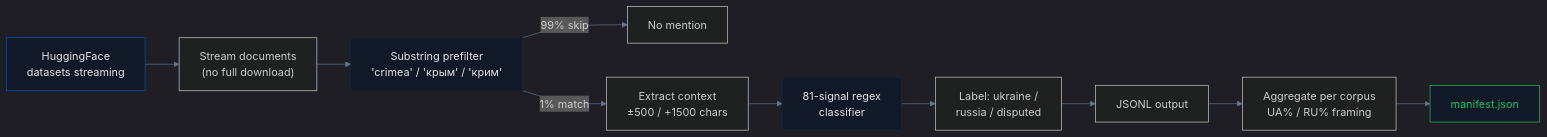
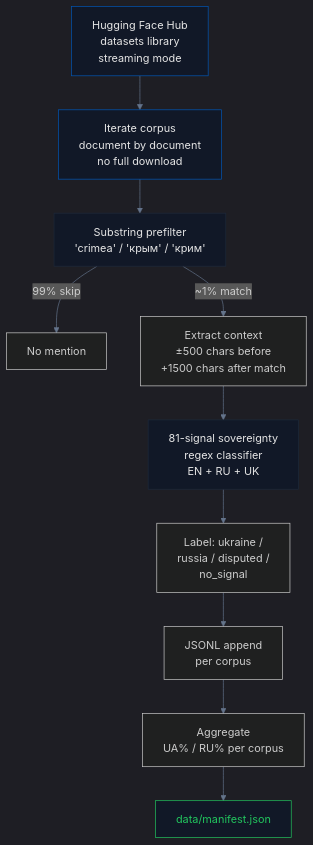
One commit to IvanDobrovolsky/crimeaisukraine changed the diagram in pipelines/training_corpora/README.md. Above: the diagram before and after it, drawn with Mermaid. The commit also changed other lines of this file and 6 other files, not shown here.

````diff
--- a/pipelines/training_corpora/README.md
+++ b/pipelines/training_corpora/README.md
@@ -28,18 +30,19 @@
 ```mermaid
-%%{init: {'theme': 'dark', 'themeVariables': {'primaryColor': '#0057b7', 'secondaryColor': '#ffd700', 'primaryTextColor': '#e5e5e5', 'lineColor': '#64748b', 'primaryBorderColor': '#1e293b'}}}%%
-graph LR
-  A["HuggingFace<br/>datasets streaming"] --> B["Stream documents<br/>(no full download)"]
-  B --> C["Substring prefilter<br/>'crimea' / 'крым' / 'крим'"]
-  C -->|"99% skip"| Z["No mention"]
-  C -->|"1% match"| D["Extract context<br/>±500 / +1500 chars"]
-  D --> E["81-signal regex<br/>classifier"]
-  E --> F["Label: ukraine /<br/>russia / disputed"]
-  F --> G["JSONL output"]
-  G --> H["Aggregate per corpus<br/>UA% / RU% framing"]
-  H --> I["manifest.json"]
+%%{init: {'theme': 'dark', 'themeVariables': {'primaryColor': '#0057b7', 'primaryTextColor': '#e5e5e5', 'lineColor': '#64748b', 'primaryBorderColor': '#1e293b'}}}%%
+graph TB
+    A["Hugging Face Hub<br/>datasets library<br/>streaming mode"] --> B["Iterate corpus<br/>document by document<br/>no full download"]
+    B --> C["Substring prefilter<br/>'crimea' / 'крым' / 'крим'"]
+    C -->|"99% skip"| Z["No mention"]
+    C -->|"~1% match"| D["Extract context<br/>±500 chars before<br/>+1500 chars after match"]
+    D --> E["81-signal sovereignty<br/>regex classifier<br/>EN + RU + UK"]
+    E --> F["Label: ukraine /<br/>russia / disputed /<br/>no_signal"]
+    F --> G["JSONL append<br/>per corpus"]
+    G --> H["Aggregate<br/>UA% / RU% per corpus"]
+    H --> I["data/manifest.json"]
 
-  style A fill:#111827,stroke:#0057b7,color:#e5e5e5
-  style C fill:#111827,stroke:#1e293b,color:#e5e5e5
-  style E fill:#111827,stroke:#1e293b,color:#e5e5e5
-  style I fill:#111827,stroke:#22c55e,color:#22c55e
+    style A fill:#111827,stroke:#0057b7,color:#e5e5e5
+    style B fill:#111827,stroke:#0057b7,color:#e5e5e5
+    style C fill:#111827,stroke:#1e293b,color:#e5e5e5
+    style E fill:#111827,stroke:#1e293b,color:#e5e5e5
+    style I fill:#111827,stroke:#22c55e,color:#22c55e
 ```
````
